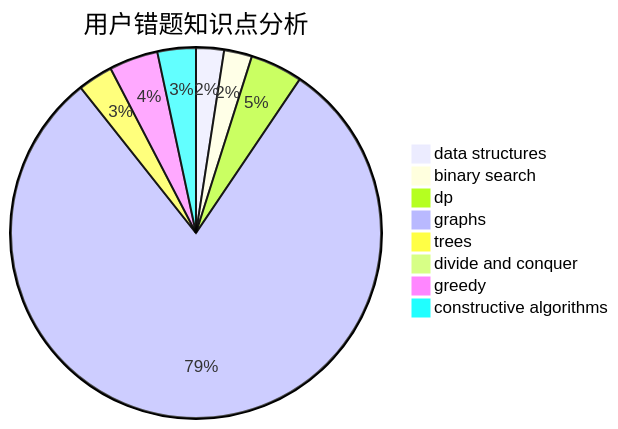
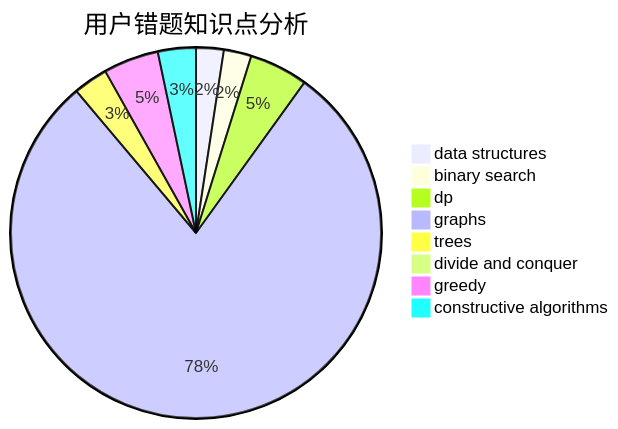
One commit to sherpahu/cfrs.github.io changed the third of 3 diagrams in docs/user/u200.md. Above: the diagram before and after it, drawn with Mermaid. The commit also changed other lines of this file and 2770 other files, not shown here.

````diff
--- a/docs/user/u200.md
+++ b/docs/user/u200.md
@@ -36,11 +36,11 @@
 ```mermaid
 pie title 用户错题知识点分析
     "data structures" :  8
     "binary search" :  8
-    "dp" :  15
+    "dp" :  17
     "graphs" :  262
     "trees" :  10
     "divide and conquer" :  2
-    "greedy" :  14
+    "greedy" :  16
     "constructive algorithms" :  11
 ```
````
